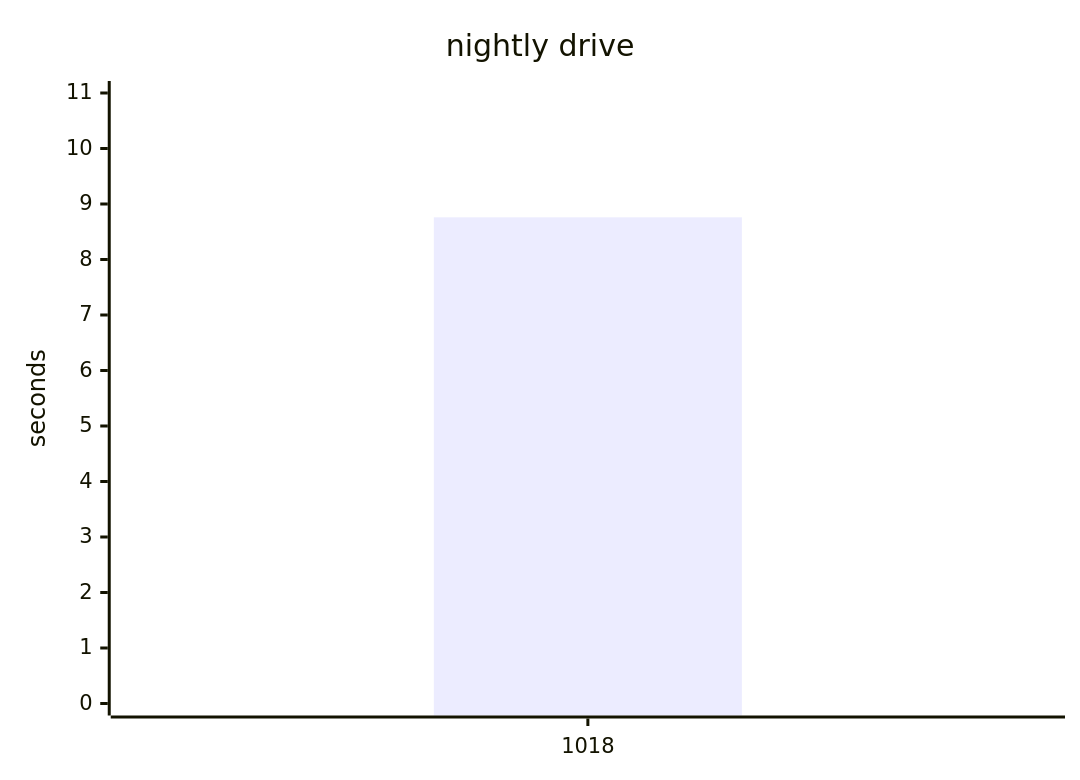
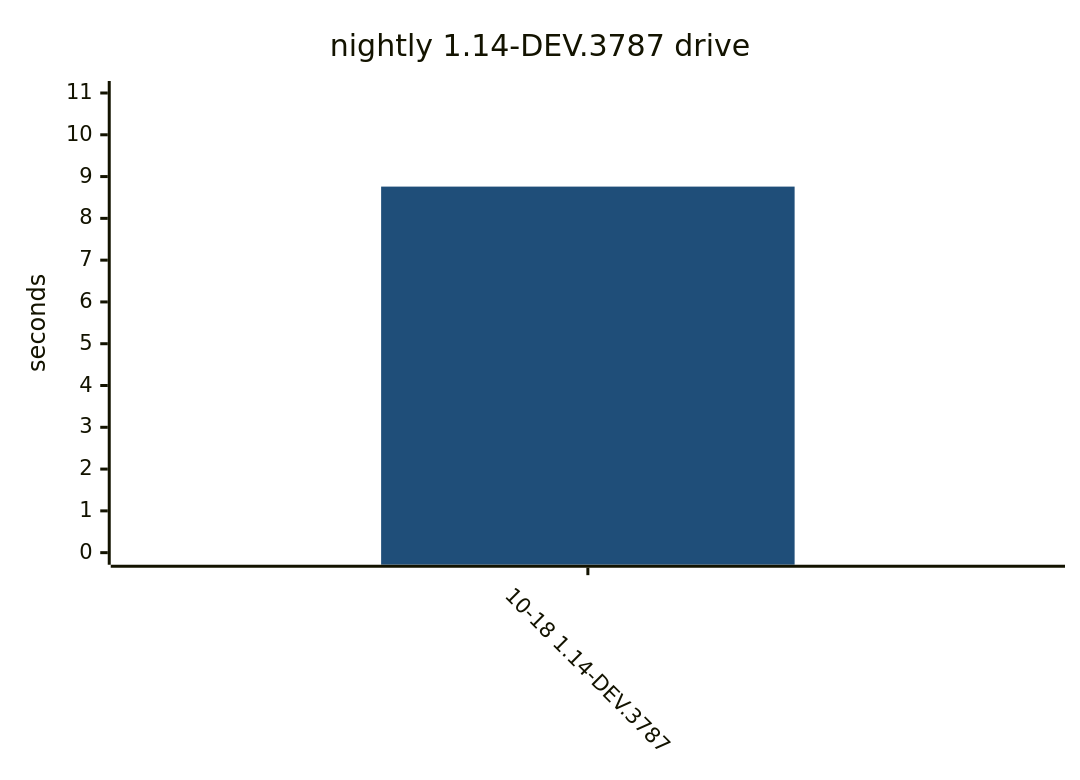
Diagram 12 of 12 in README.md (yamanori99/DistSSHKit.jl), drawn with Mermaid before and after one commit. The commit also changed other lines of this file and 1 other file, not shown here.

Commit message:
Record compile bench for 1.14-nightly.

````diff
--- a/README.md
+++ b/README.md
@@ -293,7 +403,17 @@
 ```mermaid
+---
+config:
+  theme: base
+  themeVariables:
+    xyChart:
+      plotColorPalette: "#1f4e79"
+  xyChart:
+    xAxis:
+      labelRotation: 45
+---
 xychart-beta
-    title "nightly drive"
-    x-axis ["1018"]
+    title "nightly 1.14-DEV.3787 drive"
+    x-axis ["10-18 1.14-DEV.3787"]
     y-axis "seconds" 0 --> 11
     bar [8.76]
 ```
````
